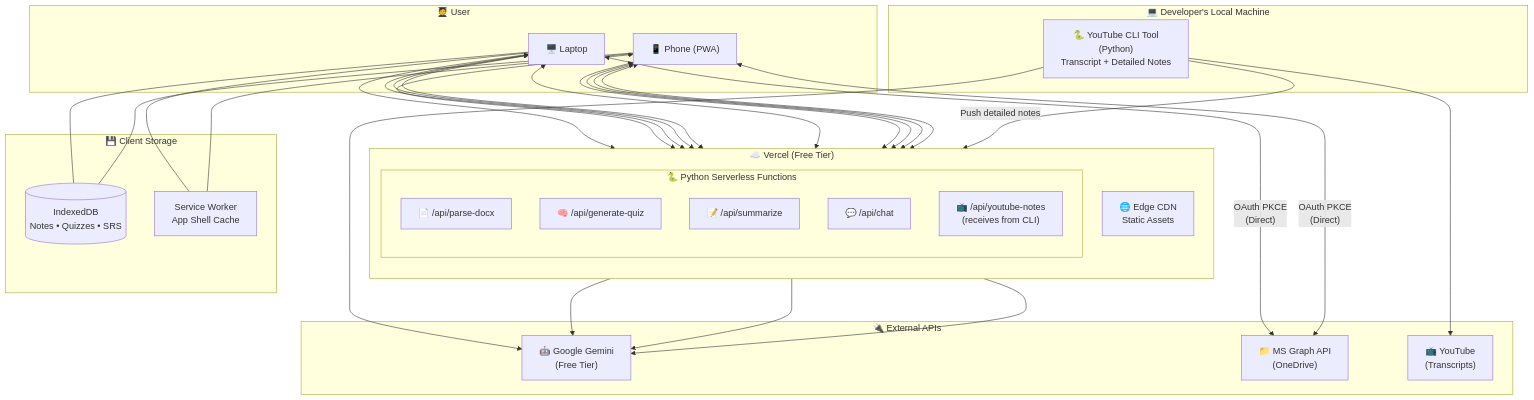
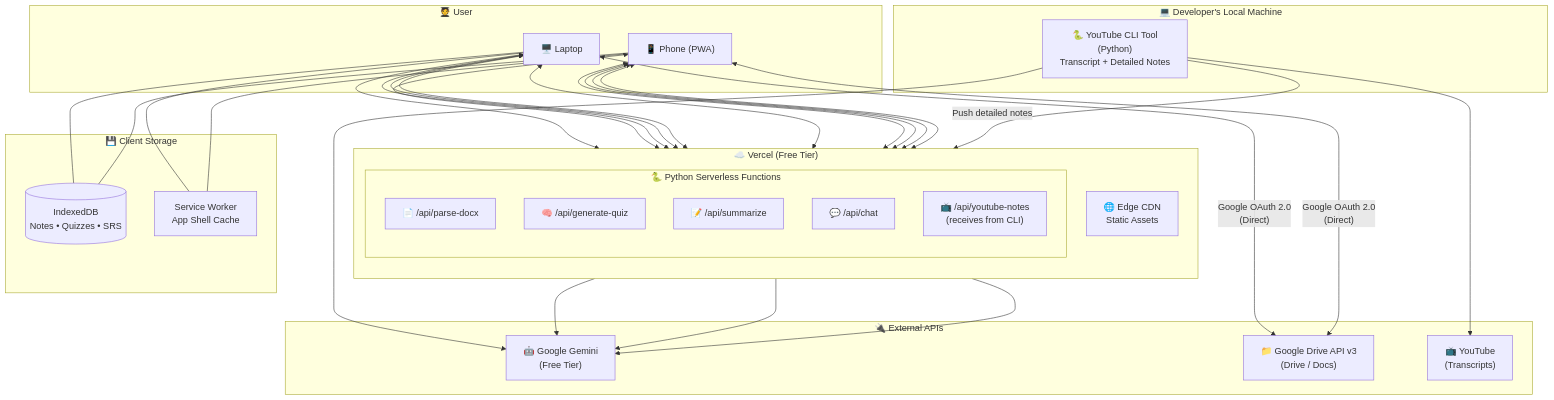
The first of 4 diagrams in documentation/design/high_level/06_design_overview.md (Strider221B/synapse-sync), drawn with Mermaid before and after one commit. The commit also changed other lines of this file and 5 other files, not shown here.

````diff
--- a/documentation/design/high_level/06_design_overview.md
+++ b/documentation/design/high_level/06_design_overview.md
@@ -23,44 +23,44 @@
 ```mermaid
 graph TB
     subgraph "🧑‍🎓 User"
         LAPTOP["🖥️ Laptop"]
         PHONE["📱 Phone (PWA)"]
     end
 
     subgraph "💻 Developer's Local Machine"
         CLI["🐍 YouTube CLI Tool<br/>(Python)<br/>Transcript + Detailed Notes"]
     end
 
     subgraph "☁️ Vercel (Free Tier)"
         direction TB
         CDN["🌐 Edge CDN<br/>Static Assets"]
         
         subgraph "🐍 Python Serverless Functions"
             FN1["📄 /api/parse-docx"]
             FN4["🧠 /api/generate-quiz"]
             FN5["📝 /api/summarize"]
             FN6["💬 /api/chat"]
             FN7["📺 /api/youtube-notes<br/>(receives from CLI)"]
         end
     end
 
     subgraph "🔌 External APIs"
         GEMINI["🤖 Google Gemini<br/>(Free Tier)"]
-        GRAPH["📁 MS Graph API<br/>(OneDrive)"]
+        GDRIVE["📁 Google Drive API v3<br/>(Drive / Docs)"]
         YT["📺 YouTube<br/>(Transcripts)"]
     end
 
     subgraph "💾 Client Storage"
         IDB[("IndexedDB<br/>Notes • Quizzes • SRS")]
         SW["Service Worker<br/>App Shell Cache"]
     end
 
     LAPTOP & PHONE <--> CDN
     LAPTOP & PHONE <--> FN1 & FN4 & FN5 & FN6
-    LAPTOP & PHONE <-->|"OAuth PKCE<br/>(Direct)"| GRAPH
+    LAPTOP & PHONE <-->|"Google OAuth 2.0<br/>(Direct)"| GDRIVE
     CLI --> YT
     CLI --> GEMINI
     CLI -->|"Push detailed notes"| FN7
     FN4 & FN5 & FN6 --> GEMINI
     LAPTOP & PHONE --- IDB & SW
 ```
````
